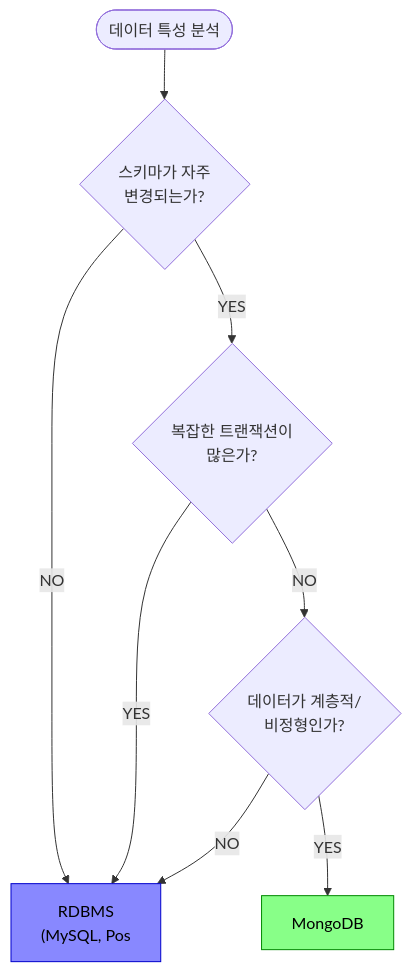
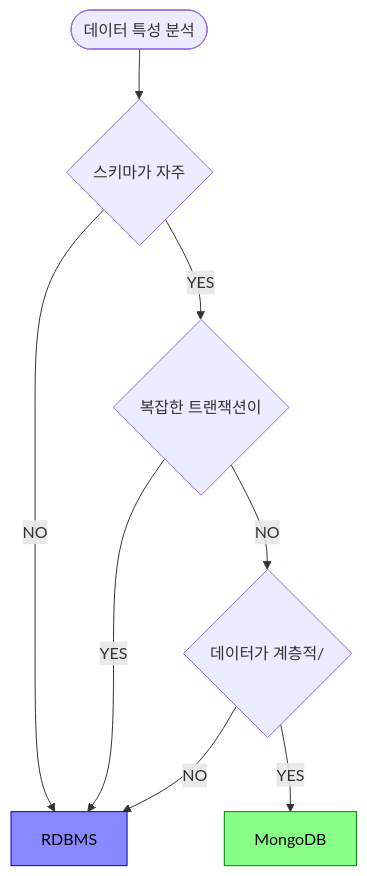
One commit to yjkim2015/yjkim2015.github.io changed the seventh of 7 diagrams in _posts/nosql/2026-05-02-mongodb-deep.md. Above: the diagram before and after it, drawn with Mermaid. The commit also changed other lines of this file and 217 other files, not shown here.

First line of the commit message:
Mermaid 크기 수정: useMaxWidth:true + SVG max-width:100% + 라벨 축소

````diff
--- a/_posts/nosql/2026-05-02-mongodb-deep.md
+++ b/_posts/nosql/2026-05-02-mongodb-deep.md
@@ -390,12 +390,12 @@
 ```mermaid
 graph TD
-    Start(["데이터 특성 분석"]) --> Q1{"스키마가 자주\n변경되는가?"}
-    Q1 -->|"YES"| Q2{"복잡한 트랜잭션이\n많은가?"}
-    Q1 -->|"NO"| RDBMS["RDBMS\n(MySQL, Pos"]
+    Start(["데이터 특성 분석"]) --> Q1{"스키마가 자주"}
+    Q1 -->|"YES"| Q2{"복잡한 트랜잭션이"}
+    Q1 -->|"NO"| RDBMS["RDBMS"]
     Q2 -->|"YES"| RDBMS
-    Q2 -->|"NO"| Q3{"데이터가 계층적/\n비정형인가?"}
+    Q2 -->|"NO"| Q3{"데이터가 계층적/"}
     Q3 -->|"YES"| MongoDB["MongoDB"]
     Q3 -->|"NO"| RDBMS
     style MongoDB fill:#8f8,stroke:#080,color:#000
     style RDBMS fill:#88f,stroke:#00c,color:#000
 ```
````
